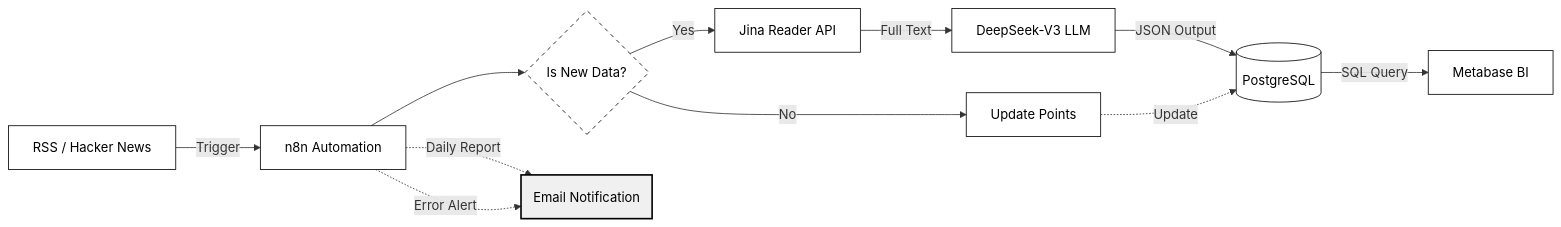
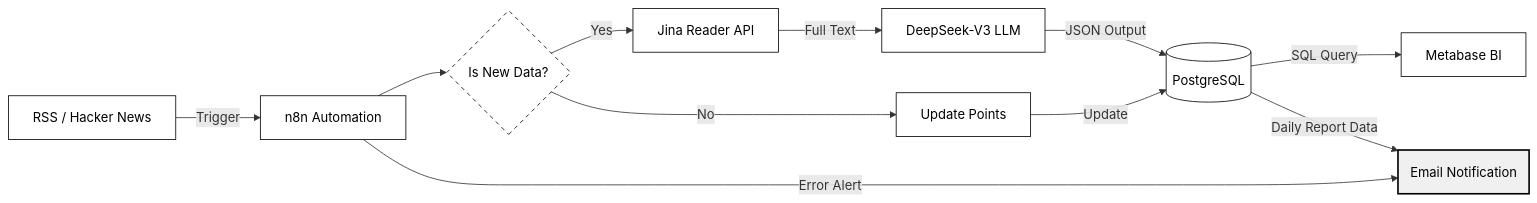
The diagram in README.md (Trainingdlu/TechNews_Intelligence), drawn with Mermaid before and after one commit.

````diff
--- a/README.md
+++ b/README.md
@@ -15,37 +15,36 @@
 ```mermaid
 flowchart LR
     classDef node fill:#ffffff,stroke:#000000,stroke-width:1px,color:#000000,rx:0,ry:0;
     classDef logic fill:#ffffff,stroke:#000000,stroke-width:1px,stroke-dasharray: 5 5,color:#000000;
     classDef db fill:#ffffff,stroke:#000000,stroke-width:1px,shape:cylinder,color:#000000;
     classDef notify fill:#f0f0f0,stroke:#000000,stroke-width:2px,color:#000000;
     
     A[RSS / Hacker News]
     B[n8n Automation]
     C{Is New Data?}
     D[Jina Reader API]
     E[DeepSeek-V3 LLM]
     F[Update Points]
     G[(PostgreSQL)]
     H[Metabase BI]
     I(Email Notification)
 
     A -->|Trigger| B
     B --> C
     
     C -- Yes --> D
     D -->|Full Text| E
     E -->|JSON Output| G
     
     C -- No --> F
-    F -.->|Update| G
+    F -->|Update| G
     
     G -->|SQL Query| H
-
-    B -.->|Daily Report| I
-    B -.->|Error Alert| I
+    G -->|Daily Report Data| I  
+    B -->|Error Alert| I
 
     class A,B,D,E,F,H node;
     class C logic;
     class G db;
     class I notify;
 ```
````
